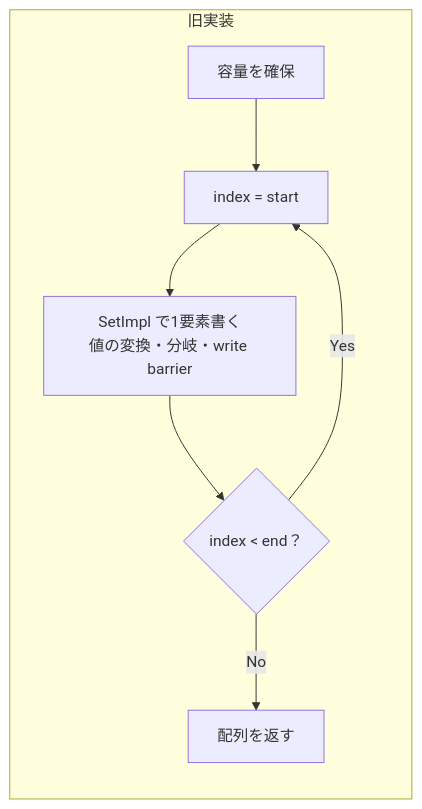
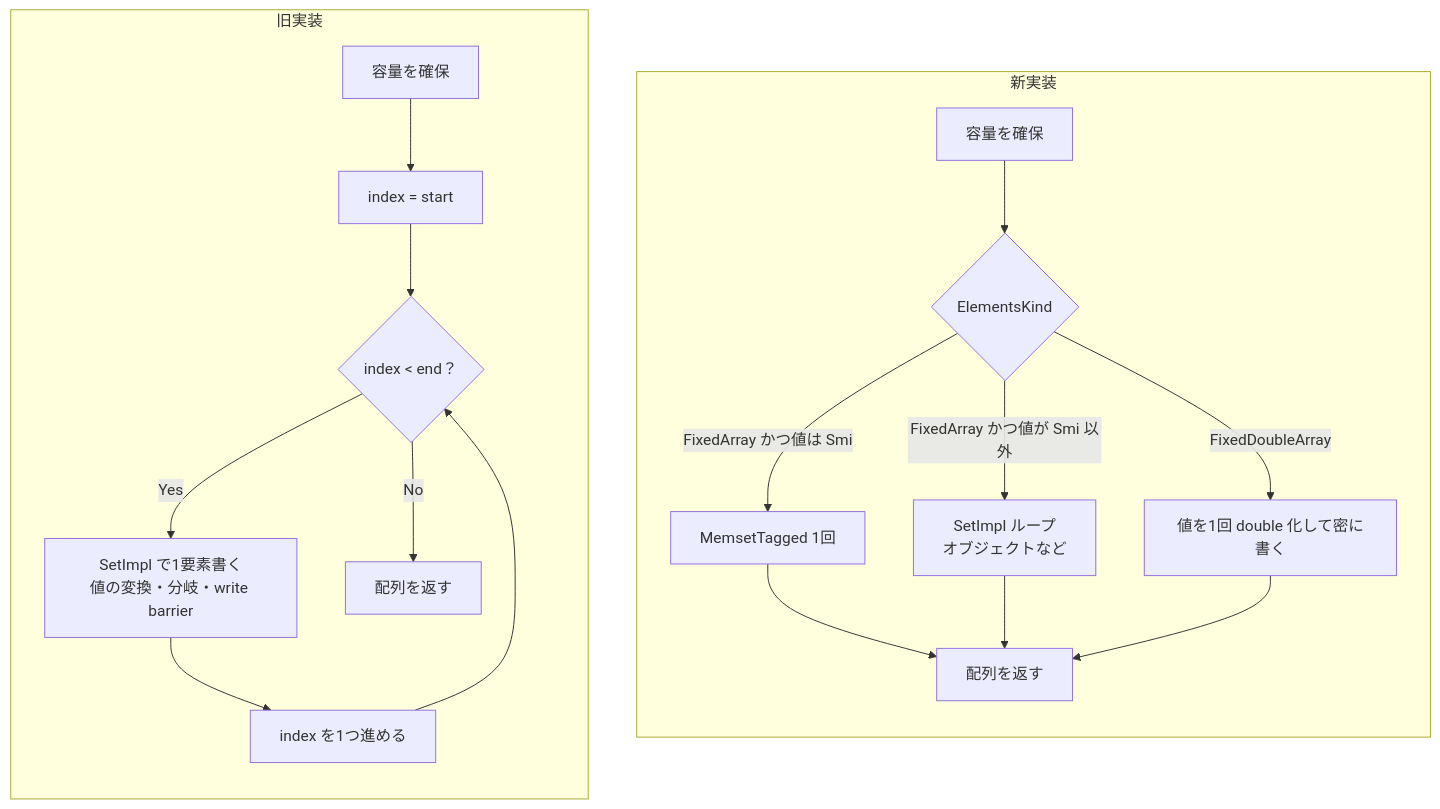
The second of 3 diagrams in articles/5b8edc7856c25b.md (riya-amemiya/amemiya_riya_zenn_data), drawn with Mermaid before and after one commit. The commit also changed other lines of this file and 1 other file, not shown here.

````diff
--- a/articles/5b8edc7856c25b.md
+++ b/articles/5b8edc7856c25b.md
@@ -108,11 +110,25 @@
 ```mermaid
-flowchart TB
+flowchart LR
     subgraph asIs ["旧実装"]
         direction TB
         A1["容量を確保"] --> A2["index = start"]
-        A2 --> A3["SetImpl で1要素書く<br>値の変換・分岐・write barrier"]
-        A3 --> A4{"index < end？"}
-        A4 -- Yes --> A2
-        A4 -- No --> A5["配列を返す"]
+        A2 --> A3{"index < end？"}
+        A3 -- Yes --> A4["SetImpl で1要素書く<br>値の変換・分岐・write barrier"]
+        A4 --> A5["index を1つ進める"]
+        A5 --> A3
+        A3 -- No --> A6["配列を返す"]
+    end
+
+    asIs ~~~ toBe
+
+    subgraph toBe ["新実装"]
+        direction TB
+        B1["容量を確保"] --> B2{"ElementsKind"}
+        B2 -- "FixedArray かつ値は Smi" --> B3["MemsetTagged 1回"]
+        B2 -- "FixedArray かつ値が Smi 以外" --> B4["SetImpl ループ<br>オブジェクトなど"]
+        B2 -- "FixedDoubleArray" --> B5["値を1回 double 化して密に書く"]
+        B3 --> B6["配列を返す"]
+        B4 --> B6
+        B5 --> B6
     end
 ```
````
